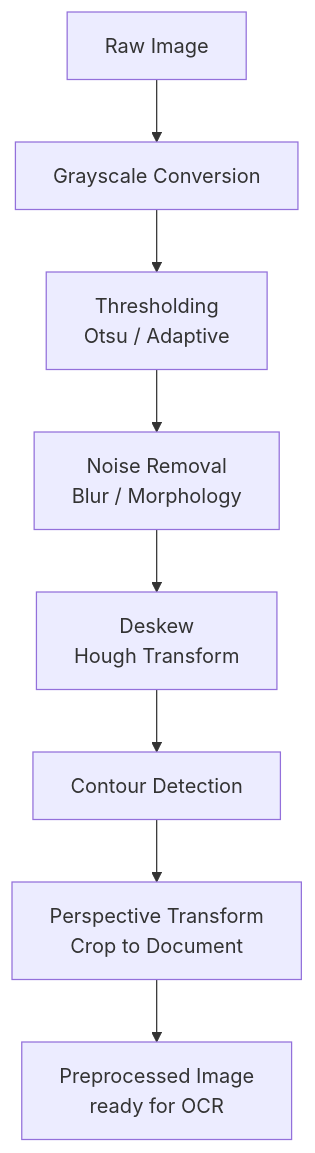
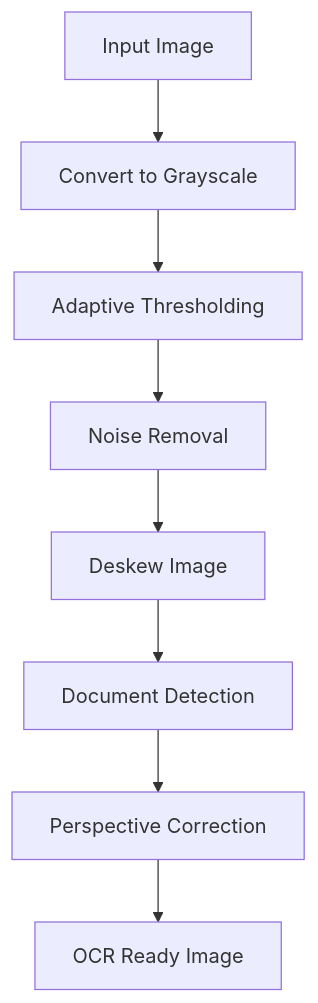
One commit to finalSay9/neural_networks changed the second of 5 diagrams in README.md. Above: the diagram before and after it, drawn with Mermaid. The commit also changed other lines of this file, not shown here.

````diff
--- a/README.md
+++ b/README.md
@@ -41,10 +97,12 @@
 ```mermaid
 flowchart TD
-    A[Raw Image] --> B[Grayscale Conversion]
-    B --> C[Thresholding<br/>Otsu / Adaptive]
-    C --> D[Noise Removal<br/>Blur / Morphology]
-    D --> E[Deskew<br/>Hough Transform]
-    E --> F[Contour Detection]
-    F --> G[Perspective Transform<br/>Crop to Document]
-    G --> H[Preprocessed Image<br/>ready for OCR]
+
+A[Input Image]
+--> B[Convert to Grayscale]
+--> C[Adaptive Thresholding]
+--> D[Noise Removal]
+--> E[Deskew Image]
+--> F[Document Detection]
+--> G[Perspective Correction]
+--> H[OCR Ready Image]
 ```
````
